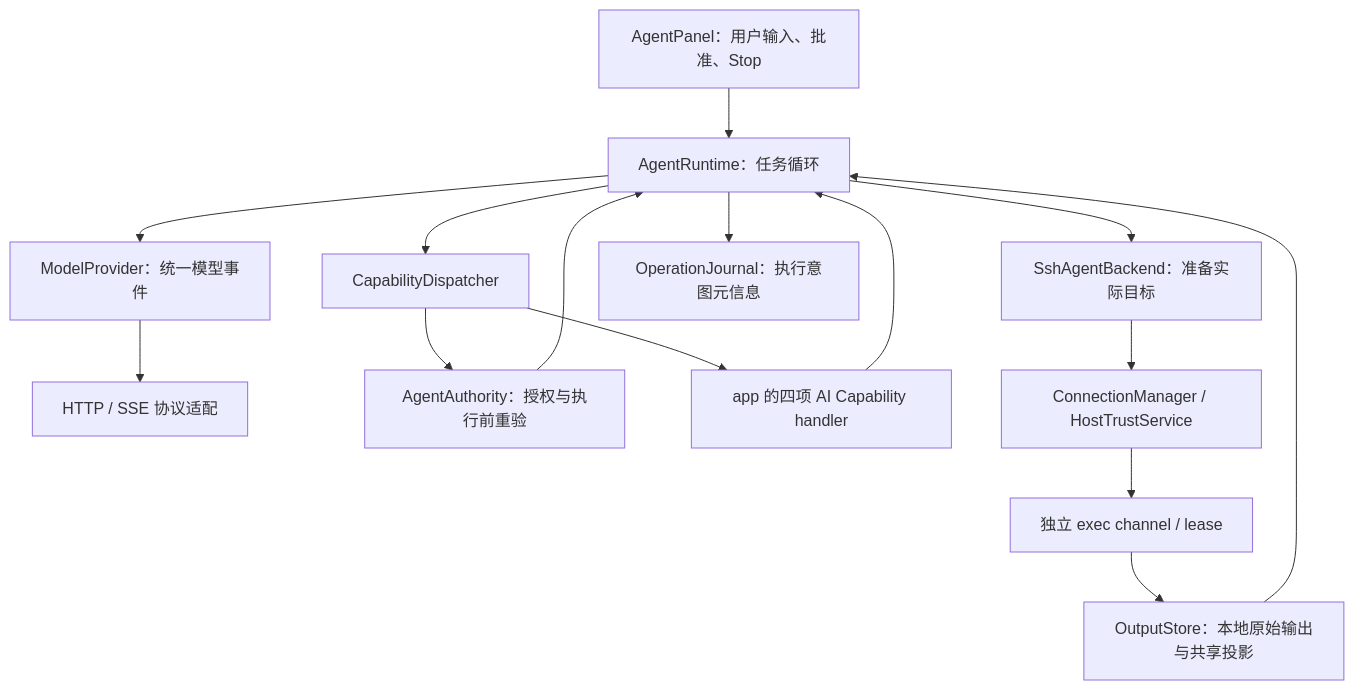
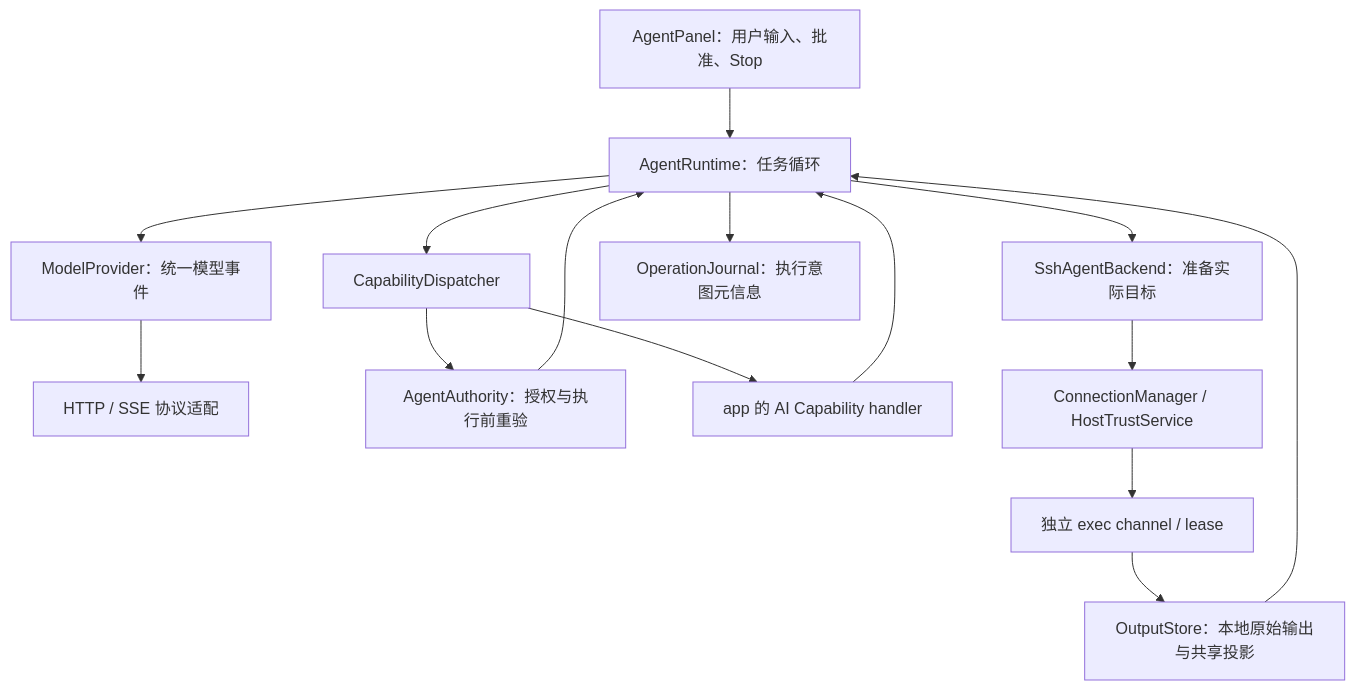
Before and after one commit to Marchen-orz/Sshairy: the second of 2 diagrams in docs/AI_AGENT_GUIDE.md, drawn with Mermaid. The commit also changed other lines of this file and 20 other files, not shown here.

````diff
--- a/docs/AI_AGENT_GUIDE.md
+++ b/docs/AI_AGENT_GUIDE.md
@@ -146,17 +146,17 @@
 ```mermaid
 flowchart TD
   UI[AgentPanel：用户输入、批准、Stop] --> R[AgentRuntime：任务循环]
   R --> P[ModelProvider：统一模型事件]
   P --> H[HTTP / SSE 协议适配]
   R --> D[CapabilityDispatcher]
   D --> A[AgentAuthority：授权与执行前重验]
   A --> R
-  D --> C[app 的四项 AI Capability handler]
+  D --> C[app 的 AI Capability handler]
   C --> R
   R --> B[SshAgentBackend：准备实际目标]
   B --> CM[ConnectionManager / HostTrustService]
   CM --> X[独立 exec channel / lease]
   R --> J[OperationJournal：执行意图元信息]
   X --> O[OutputStore：本地原始输出与共享投影]
   O --> R
 ```
````
